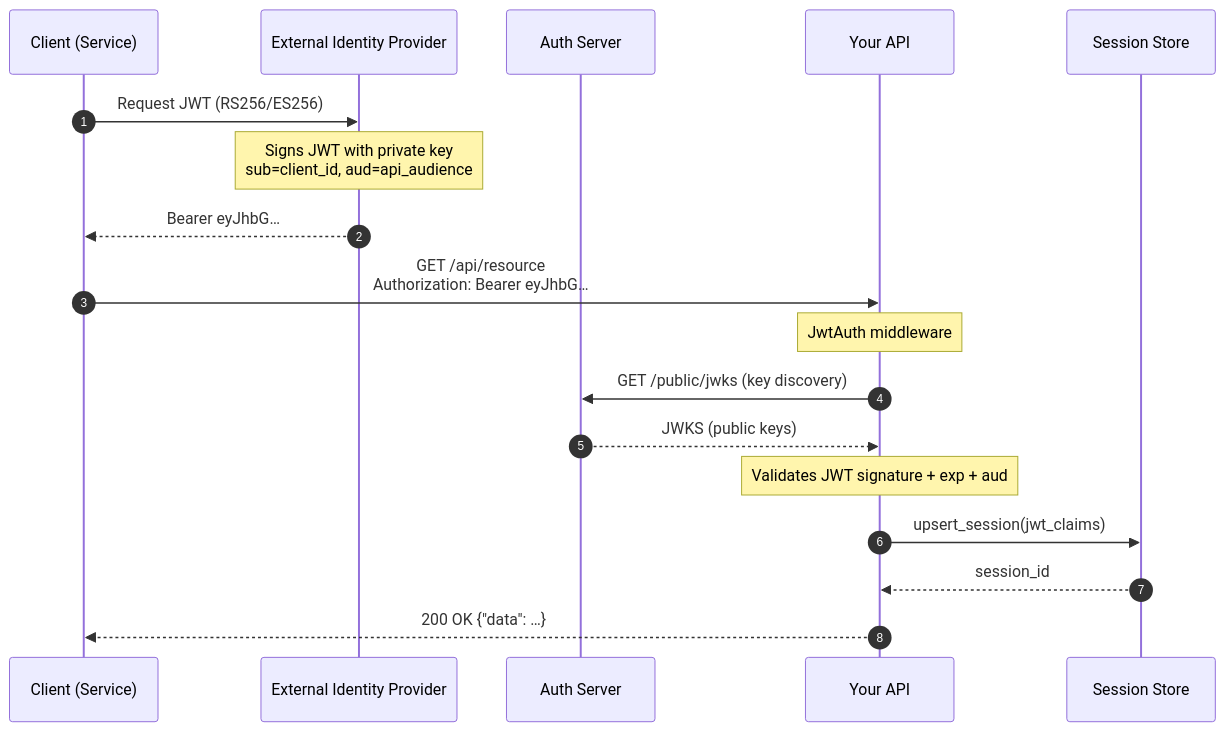
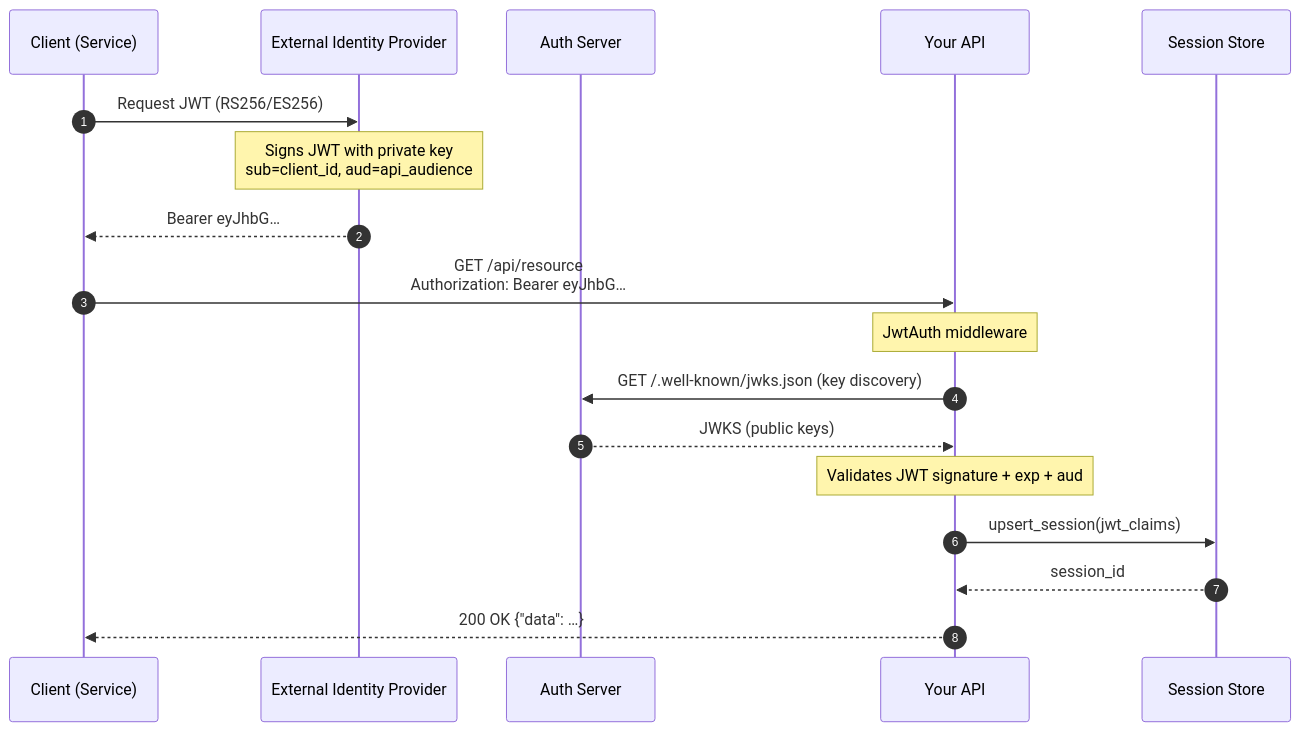
Before and after one commit to Cosmian/authentication: the third of 8 diagrams in server/documentation/authentication_flows.md, drawn with Mermaid. The commit also changed other lines of this file and 8 other files, not shown here.

````diff
--- a/server/documentation/authentication_flows.md
+++ b/server/documentation/authentication_flows.md
@@ -131,22 +131,22 @@
 ```mermaid
 sequenceDiagram
     autonumber
     participant C as Client (Service)
     participant IDP as External Identity Provider
     participant EA as Auth Server
     participant API as Your API
     participant SS as Session Store
 
     C->>IDP: Request JWT (RS256/ES256)
     note over IDP: Signs JWT with private key<br/>sub=client_id, aud=api_audience
     IDP-->>C: Bearer eyJhbG…
 
     C->>API: GET /api/resource<br/>Authorization: Bearer eyJhbG…
     note over API: JwtAuth middleware
-    API->>EA: GET /public/jwks  (key discovery)
+    API->>EA: GET /.well-known/jwks.json  (key discovery)
     EA-->>API: JWKS (public keys)
     note over API: Validates JWT signature + exp + aud
     API->>SS: upsert_session(jwt_claims)
     SS-->>API: session_id
     API-->>C: 200 OK  {"data": …}
 ```
````
